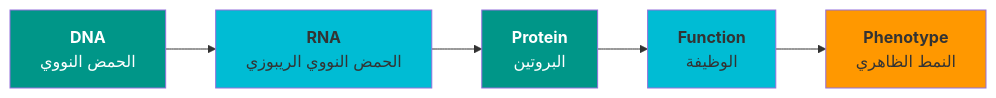
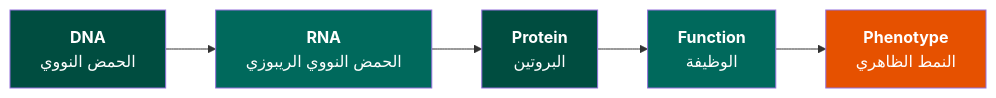
Before and after one commit to alarawms/site: the third of 3 diagrams in docs/courses/foundation-of-bioinformatics/module-1.md, drawn with Mermaid. The commit also changed other lines of this file, not shown here.

First line of the commit message:
Module 1: Redesign physical reality diagram and use dark colors

````diff
--- a/docs/courses/foundation-of-bioinformatics/module-1.md
+++ b/docs/courses/foundation-of-bioinformatics/module-1.md
@@ -95,13 +102,13 @@
 ```mermaid
 graph LR
     A["<b>DNA</b><br/>الحمض النووي"] --> B["<b>RNA</b><br/>الحمض النووي الريبوزي"]
     B --> C["<b>Protein</b><br/>البروتين"]
     C --> D["<b>Function</b><br/>الوظيفة"]
     D --> E["<b>Phenotype</b><br/>النمط الظاهري"]
 
-    style A fill:#009688,color:#fff,font-size:16px
-    style B fill:#00BCD4,font-size:16px
-    style C fill:#009688,color:#fff,font-size:16px
-    style D fill:#00BCD4,font-size:16px
-    style E fill:#FF9800,font-size:16px
+    style A fill:#004D40,color:#fff,font-size:16px
+    style B fill:#00695C,color:#fff,font-size:16px
+    style C fill:#004D40,color:#fff,font-size:16px
+    style D fill:#00695C,color:#fff,font-size:16px
+    style E fill:#E65100,color:#fff,font-size:16px
 ```
````
